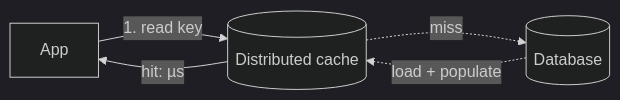
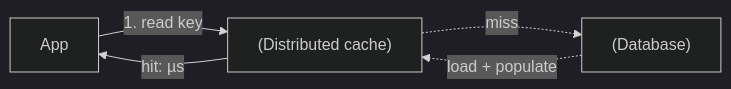
Before and after one commit to pankajThakur1874/studysheet: the first of 6 diagrams in files/System-Design-Questions/39-distributed_cache_system_design.md, drawn with Mermaid (dark theme). The commit also changed other lines of this file and 78 other files, not shown here.

````diff
--- a/files/System-Design-Questions/39-distributed_cache_system_design.md
+++ b/files/System-Design-Questions/39-distributed_cache_system_design.md
@@ -23,7 +23,7 @@
 ```mermaid
 flowchart LR
-    App[App] -->|1. read key| C[(Distributed cache)]
-    C -->|hit: µs| App
-    C -.->|miss| DB[(Database)]
-    DB -.->|load + populate| C
+    App[App] -->|1. read key| C["(Distributed cache)"]
+    C -->|"hit: µs"| App
+    C -.->|miss| DB["(Database)"]
+    DB -.->|"load + populate"| C
 ```
````
